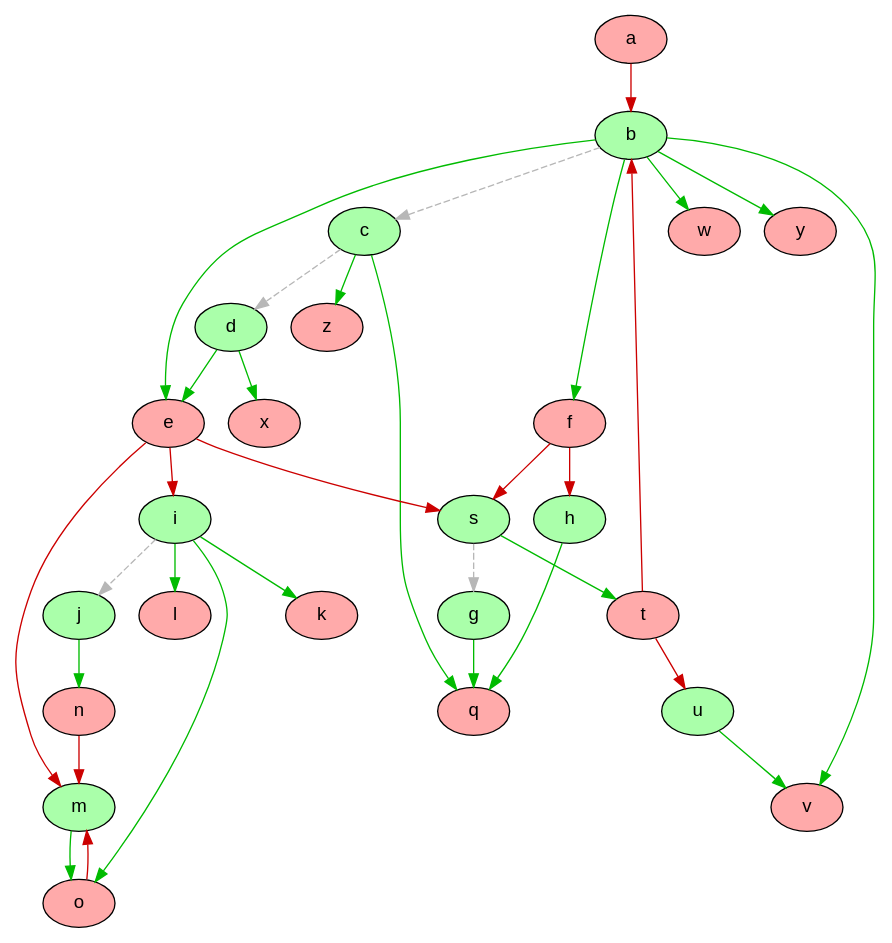
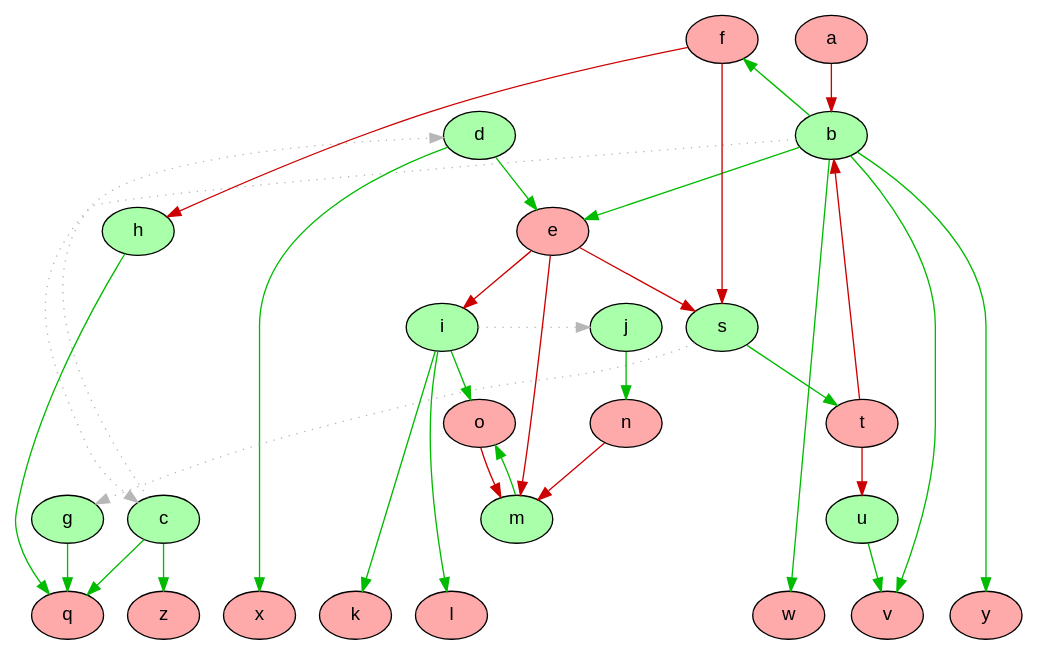
Before and after one commit to idaks/Games-and-Argumentation: the diagram in IDCC-2024/graphs/game_pw2_graph_colored.dot, drawn with Graphviz. The commit also changed 18 other files, not shown here.

```diff
--- a/IDCC-2024/graphs/game_pw2_graph_colored.dot
+++ b/IDCC-2024/graphs/game_pw2_graph_colored.dot
@@ -1,40 +1,44 @@
 digraph G {
+  rankdir="TB"
   node [shape=oval style=filled fontname=Helvetica fontsize=14]
-  node [fillcolor="#AAFFAA" fontcolor="#000000"] b c d s g h i j m u;
-  node [fillcolor="#FFAAAA" fontcolor="#000000"] a t e f k l o n q v w x y z;
-  edge [dir=forward, color="#CC0000", style="solid"]
-        "a" -> "b";
-        "t" -> "b";
-        "f" -> "h";
-        "e" -> "i";
-        "e" -> "m";
-        "o" -> "m";
-        "n" -> "m";
-        "e" -> "s";
-        "f" -> "s";
-        "t" -> "u";
-  edge [dir=forward, color="#b7b7b7", style="dashed"]
-        "b" -> "c";
-        "c" -> "d";
-        "s" -> "g";
-        "i" -> "j";
-  edge [dir=forward, color="#00BB00", style="solid"]
-        "b" -> "e";
-        "d" -> "e";
-        "b" -> "f";
-        "i" -> "k";
-        "i" -> "l";
-        "j" -> "n";
-        "i" -> "o";
-        "m" -> "o";
-        "g" -> "q";
-        "h" -> "q";
-        "c" -> "q";
-        "s" -> "t";
-        "b" -> "v";
-        "u" -> "v";
-        "b" -> "w";
-        "d" -> "x";
-        "b" -> "y";
-        "c" -> "z";
+  node [fillcolor="#AAFFAA" fontcolor="#000000"] b c d s g h i j m u
+  node [fillcolor="#FFAAAA" fontcolor="#000000"] a t e f k l o n q v w x y z
+  edge [dir=forward color="#CC0000" style="solid"]
+        "a" -> "b" 
+        "t" -> "b" 
+        "f" -> "h" 
+        "e" -> "i" 
+        "e" -> "m" 
+        "o" -> "m" 
+        "n" -> "m" 
+        "e" -> "s" 
+        "f" -> "s" 
+        "t" -> "u" 
+  edge [dir=forward color="#00BB00" style="solid"]
+        "b" -> "e" 
+        "d" -> "e" 
+        "b" -> "f" 
+        "i" -> "k" 
+        "i" -> "l" 
+        "j" -> "n" 
+        "i" -> "o" 
+        "m" -> "o" 
+        "g" -> "q" 
+        "h" -> "q" 
+        "c" -> "q" 
+        "s" -> "t" 
+        "b" -> "v" 
+        "u" -> "v" 
+        "b" -> "w" 
+        "d" -> "x" 
+        "b" -> "y" 
+        "c" -> "z" 
+  edge [dir=forward color="#b7b7b7" style="dotted" constraint=false]
+        "b" -> "c" 
+        "c" -> "d" 
+        "s" -> "g" 
+        "i" -> "j" 
+
+  {rank = max k l q v w x y z}
+  {rank = min f}
 }
```
